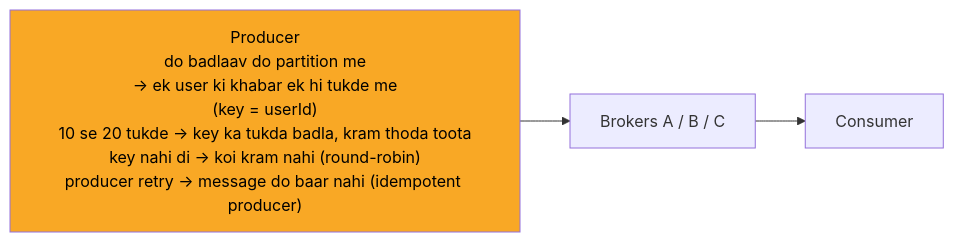
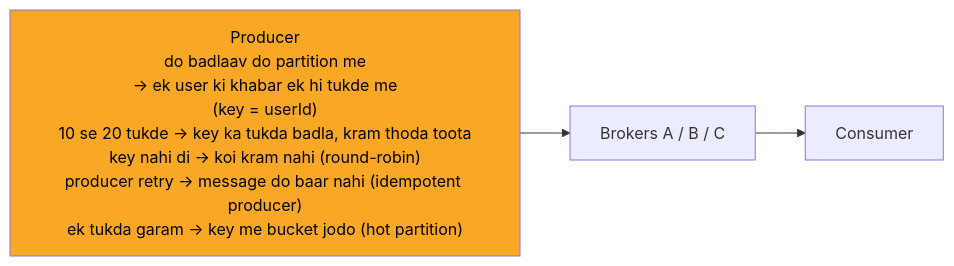
One commit to ArpanMaheshwari144/Prep changed the fourth of 12 diagrams in 04_HLD/SYSTEM_DESIGNS/12_message_queue_kafka/12_message_queue_kafka.md. Above: the diagram before and after it, drawn with Mermaid. The commit also changed 7 other files, not shown here.

````diff
--- a/04_HLD/SYSTEM_DESIGNS/12_message_queue_kafka/12_message_queue_kafka.md
+++ b/04_HLD/SYSTEM_DESIGNS/12_message_queue_kafka/12_message_queue_kafka.md
@@ -149,10 +149,10 @@
 ```mermaid
 %%{init: {"flowchart": {"wrappingWidth": 450}}}%%
 flowchart LR
-    n_P["Producer<br/>do badlaav do partition me<br/>-> ek user ki khabar ek hi tukde me<br/>(key = userId)<br/>10 se 20 tukde -> key ka tukda badla, kram thoda toota<br/>key nahi di -> koi kram nahi (round-robin)<br/>producer retry -> message do baar nahi (idempotent producer)"]
+    n_P["Producer<br/>do badlaav do partition me<br/>-> ek user ki khabar ek hi tukde me<br/>(key = userId)<br/>10 se 20 tukde -> key ka tukda badla, kram thoda toota<br/>key nahi di -> koi kram nahi (round-robin)<br/>producer retry -> message do baar nahi (idempotent producer)<br/>ek tukda garam -> key me bucket jodo (hot partition)"]
     n_B["Brokers A / B / C"]
     n_C["Consumer"]
     n_P --> n_B
     n_B --> n_C
     style n_P fill:#f9a825,color:#000
 ```
````
